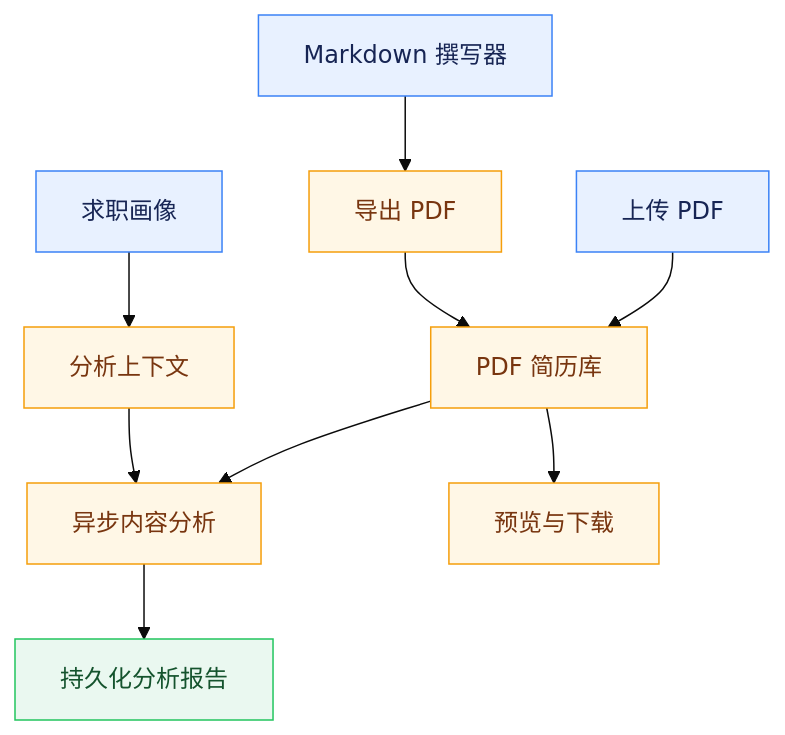
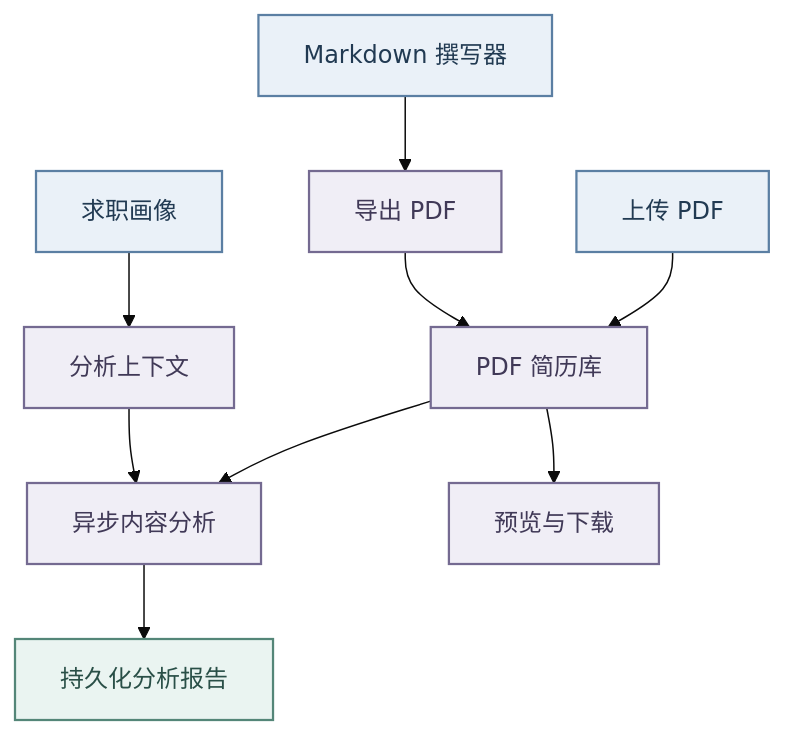
The first of 2 diagrams in agent-doc/业务功能/简历管理、画像与分析.md (Logistic98/job-buddy), drawn with Mermaid (base theme) before and after one commit. The commit also changed other lines of this file and 32 other files, not shown here.

Commit message:
docs: align engine context and diagram guidance

````diff
--- a/agent-doc/业务功能/简历管理、画像与分析.md
+++ b/agent-doc/业务功能/简历管理、画像与分析.md
@@ -9,18 +13,18 @@
 ```mermaid
 graph TD
     PROFILE[求职画像] --> CONTEXT[分析上下文]
     CONTEXT --> ANALYSIS
     WRITER[Markdown 撰写器] --> EXPORT[导出 PDF]
     EXPORT --> LIB[PDF 简历库]
     UPLOAD[上传 PDF] --> LIB
     LIB --> PREVIEW[预览与下载]
     LIB --> ANALYSIS[异步内容分析]
     ANALYSIS --> REPORT[持久化分析报告]
 
-    classDef source fill:#E8F1FF,stroke:#3B82F6,color:#172554;
-    classDef process fill:#FFF7E6,stroke:#F59E0B,color:#78350F;
-    classDef result fill:#EAF8F0,stroke:#22C55E,color:#14532D;
+    classDef source fill:#EAF1F8,stroke:#5B7FA3,color:#213A52,stroke-width:1.5px;
+    classDef process fill:#F0EEF6,stroke:#746A91,color:#403957,stroke-width:1.5px;
+    classDef result fill:#EAF4F1,stroke:#548678,color:#294F47,stroke-width:1.5px;
     class PROFILE,WRITER,UPLOAD source;
     class CONTEXT,EXPORT,LIB,PREVIEW,ANALYSIS process;
     class REPORT result;
 ```
````
